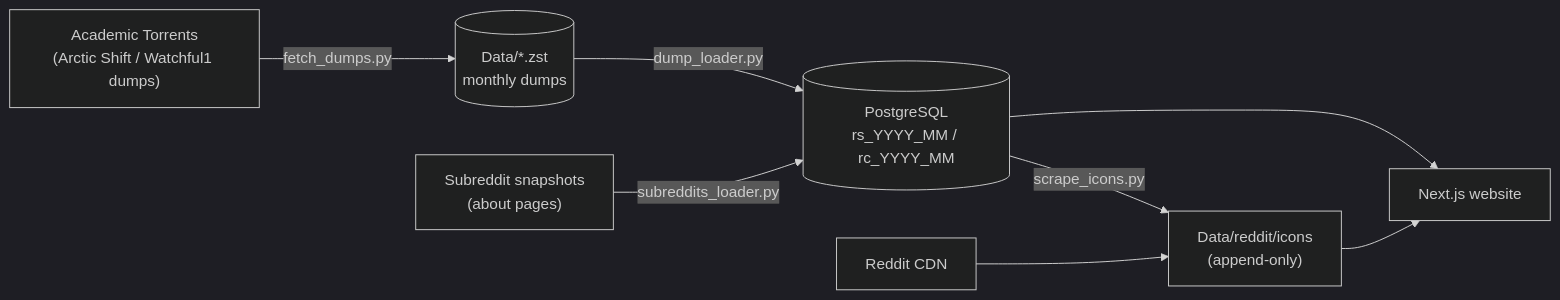
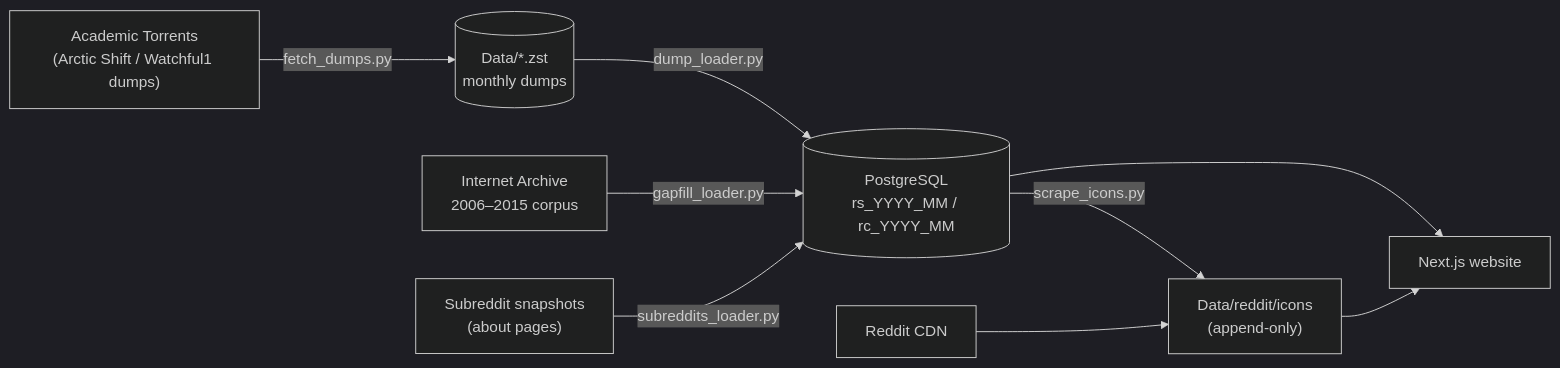
The diagram in README.md (notasquid1938/Rebuilding-Reddit), drawn with Mermaid (dark theme) before and after one commit. The commit also changed other lines of this file and 11 other files, not shown here.

First line of the commit message:
Fill 2006-2015 gaps from the Internet Archive's 2015 submission corpus

````diff
--- a/README.md
+++ b/README.md
@@ -17,10 +17,11 @@
 ```mermaid
 flowchart LR
     AT["Academic Torrents<br/>(Arctic Shift / Watchful1 dumps)"] -->|fetch_dumps.py| Z[("Data/*.zst<br/>monthly dumps")]
     Z -->|dump_loader.py| PG[("PostgreSQL<br/>rs_YYYY_MM / rc_YYYY_MM")]
+    IA["Internet Archive<br/>2006–2015 corpus"] -->|gapfill_loader.py| PG
     SS["Subreddit snapshots<br/>(about pages)"] -->|subreddits_loader.py| PG
     PG -->|scrape_icons.py| IC["Data/reddit/icons<br/>(append-only)"]
     CDN["Reddit CDN"] --> IC
     PG --> WEB["Next.js website"]
     IC --> WEB
 ```
````
